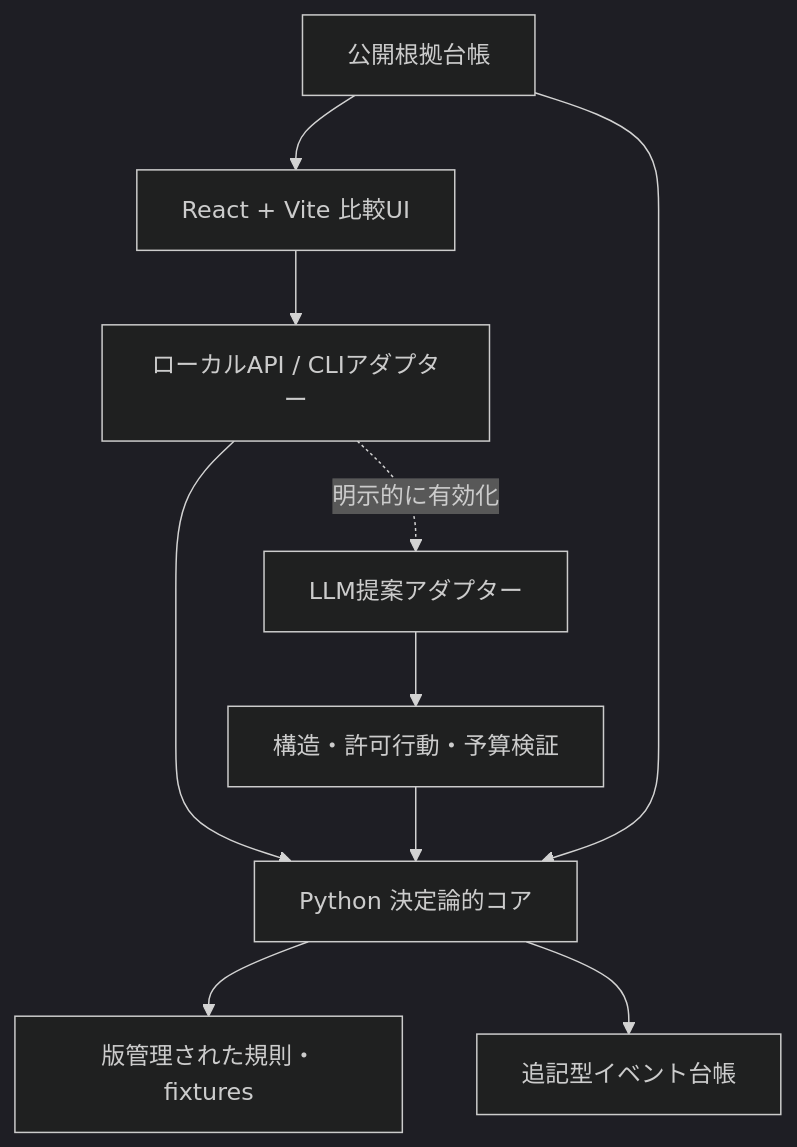
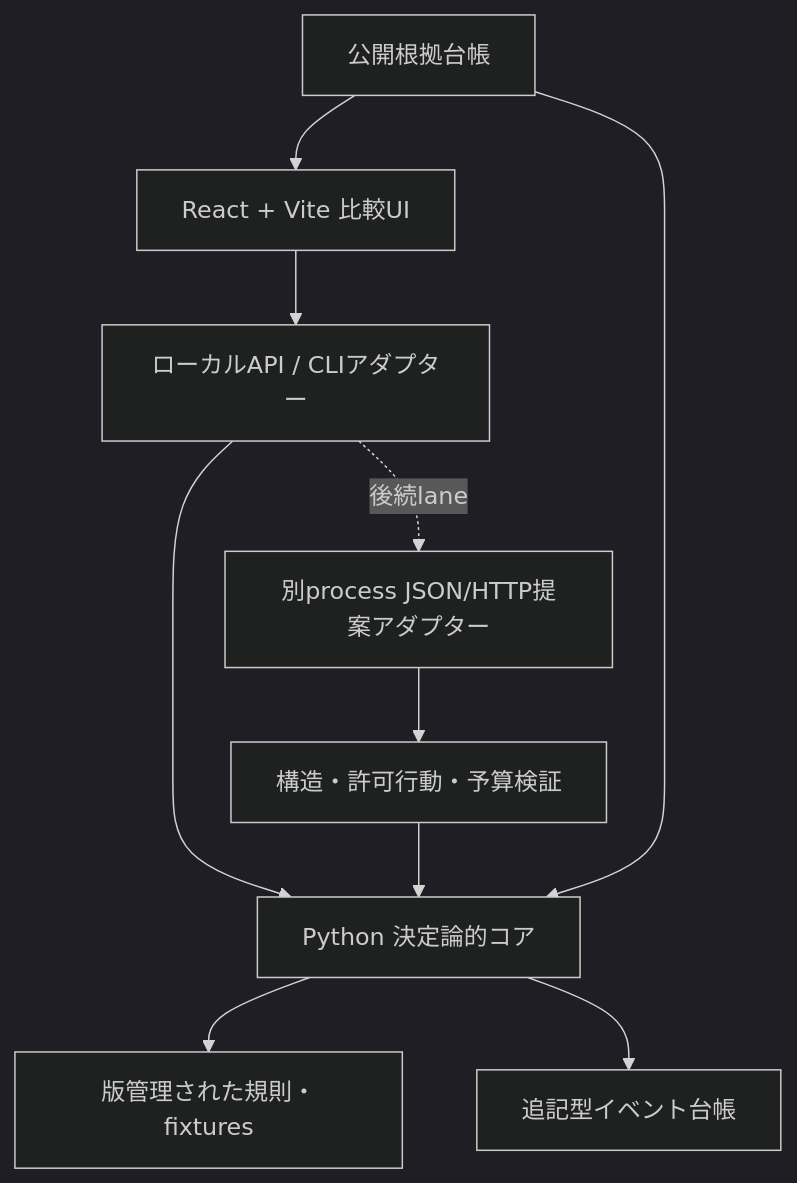
The diagram in docs/ARCHITECTURE.md (nexus-ai-2045/space-civilization-choice), drawn with Mermaid (dark theme) before and after one commit. The commit also changed other lines of this file and 47 other files, not shown here.

````diff
--- a/docs/ARCHITECTURE.md
+++ b/docs/ARCHITECTURE.md
@@ -8,12 +8,12 @@
 ```mermaid
 flowchart TB
   UI[React + Vite 比較UI] --> API[ローカルAPI / CLIアダプター]
   API --> CORE[Python 決定論的コア]
   CORE --> RULES[版管理された規則・fixtures]
   CORE --> LOG[追記型イベント台帳]
-  API -. 明示的に有効化 .-> LLM[LLM提案アダプター]
+  API -. 後続lane .-> LLM[別process JSON/HTTP提案アダプター]
   LLM --> VALIDATE[構造・許可行動・予算検証]
   VALIDATE --> CORE
   SOURCES[公開根拠台帳] --> CORE
   SOURCES --> UI
 ```
````
